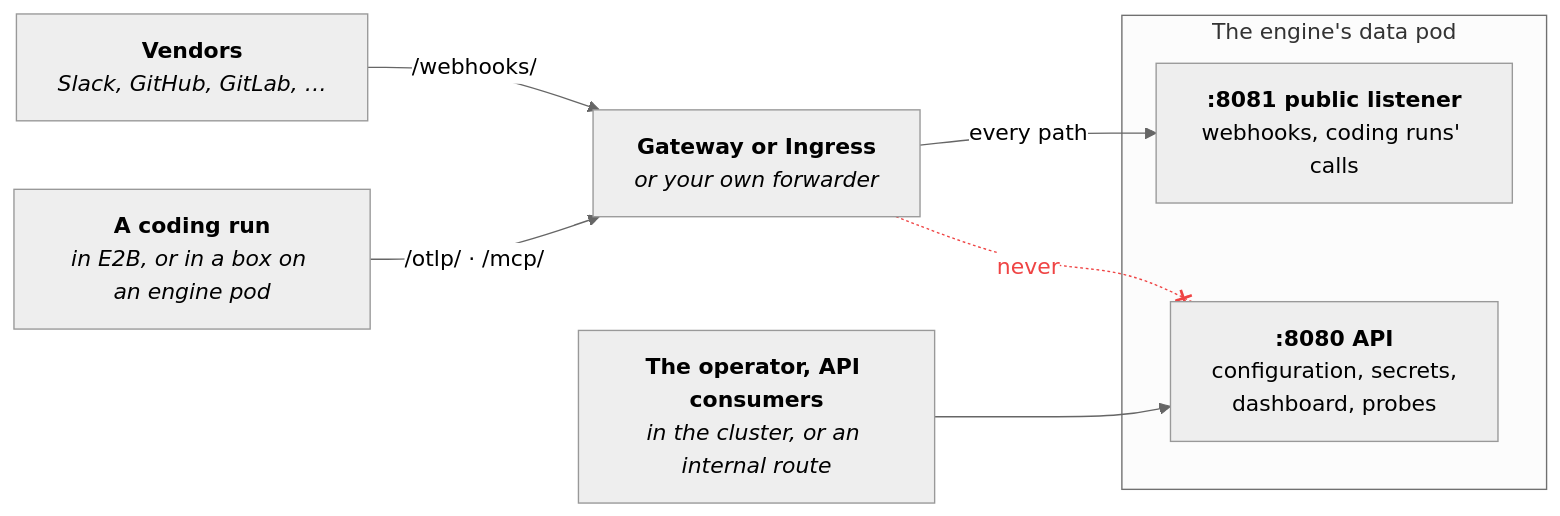
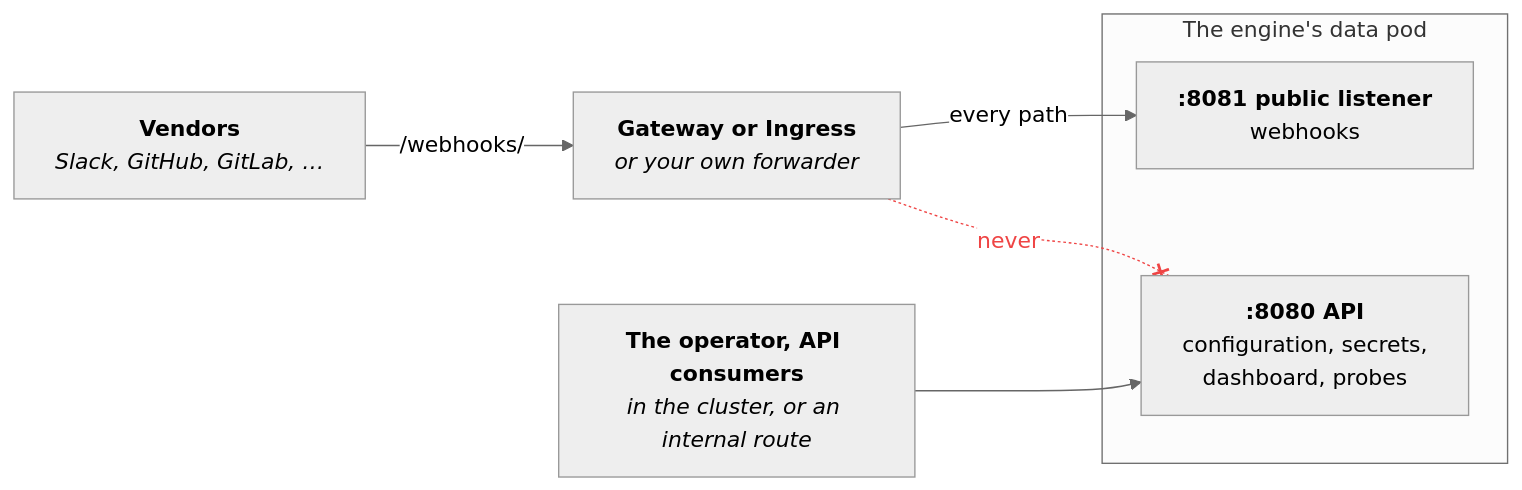
The first of 2 diagrams in docs/guides/exposure.md (crewlet/crewlet-operator), drawn with Mermaid (neutral theme) before and after one commit. The commit also changed other lines of this file and 132 other files, not shown here.

````diff
--- a/docs/guides/exposure.md
+++ b/docs/guides/exposure.md
@@ -20,15 +20,14 @@
 ```mermaid
 flowchart LR
     V["<b>Vendors</b><br/><i>Slack, GitHub, GitLab, …</i>"] -->|"/webhooks/"| GW
-    SB["<b>A coding run</b><br/><i>in E2B, or in a box on an engine pod</i>"] -->|"/otlp/ · /mcp/"| GW
     GW["<b>Gateway or Ingress</b><br/><i>or your own forwarder</i>"]
     IN["<b>The operator, API consumers</b><br/><i>in the cluster, or an internal route</i>"]
     subgraph pod["The engine's data pod"]
-        PUB["<b>:8081 public listener</b><br/>webhooks, coding runs' calls"]
+        PUB["<b>:8081 public listener</b><br/>webhooks"]
         API["<b>:8080 API</b><br/>configuration, secrets,<br/>dashboard, probes"]
     end
     GW -->|every path| PUB
     IN --> API
     GW -.-x|never| API
-    linkStyle 4 stroke:#ef4444,color:#ef4444
+    linkStyle 3 stroke:#ef4444,color:#ef4444
 ```
````
